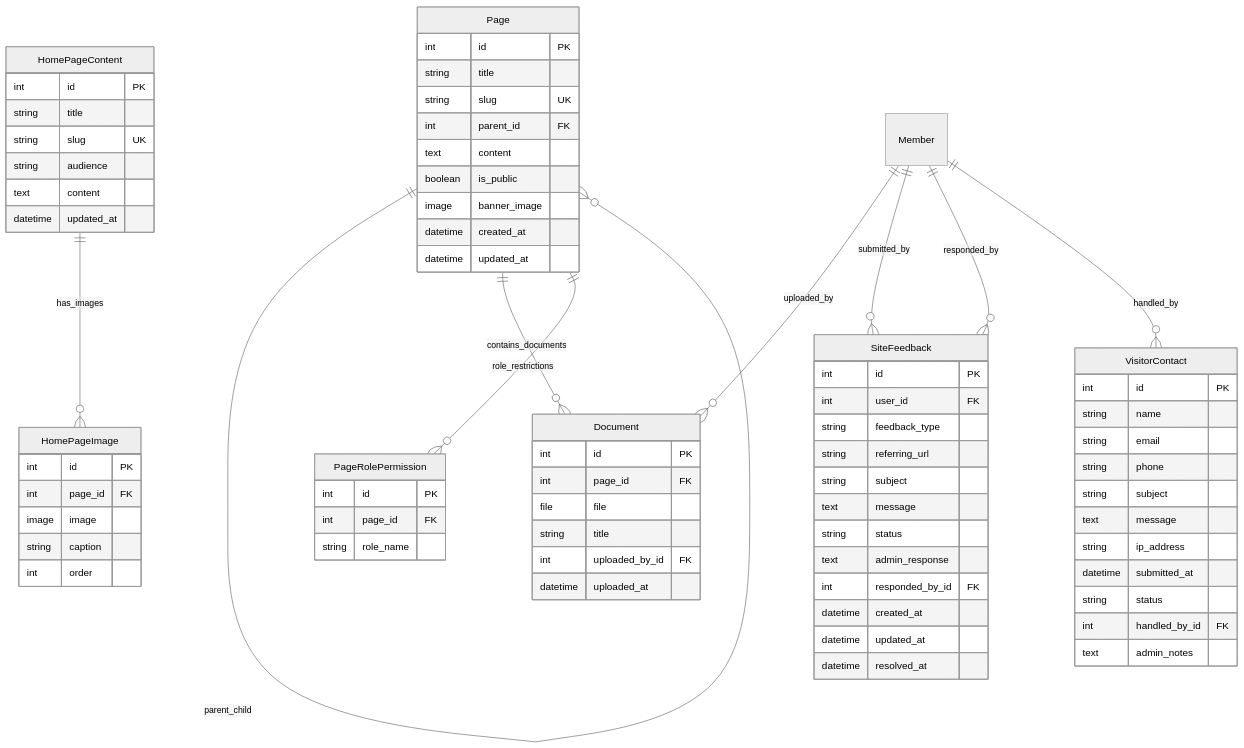
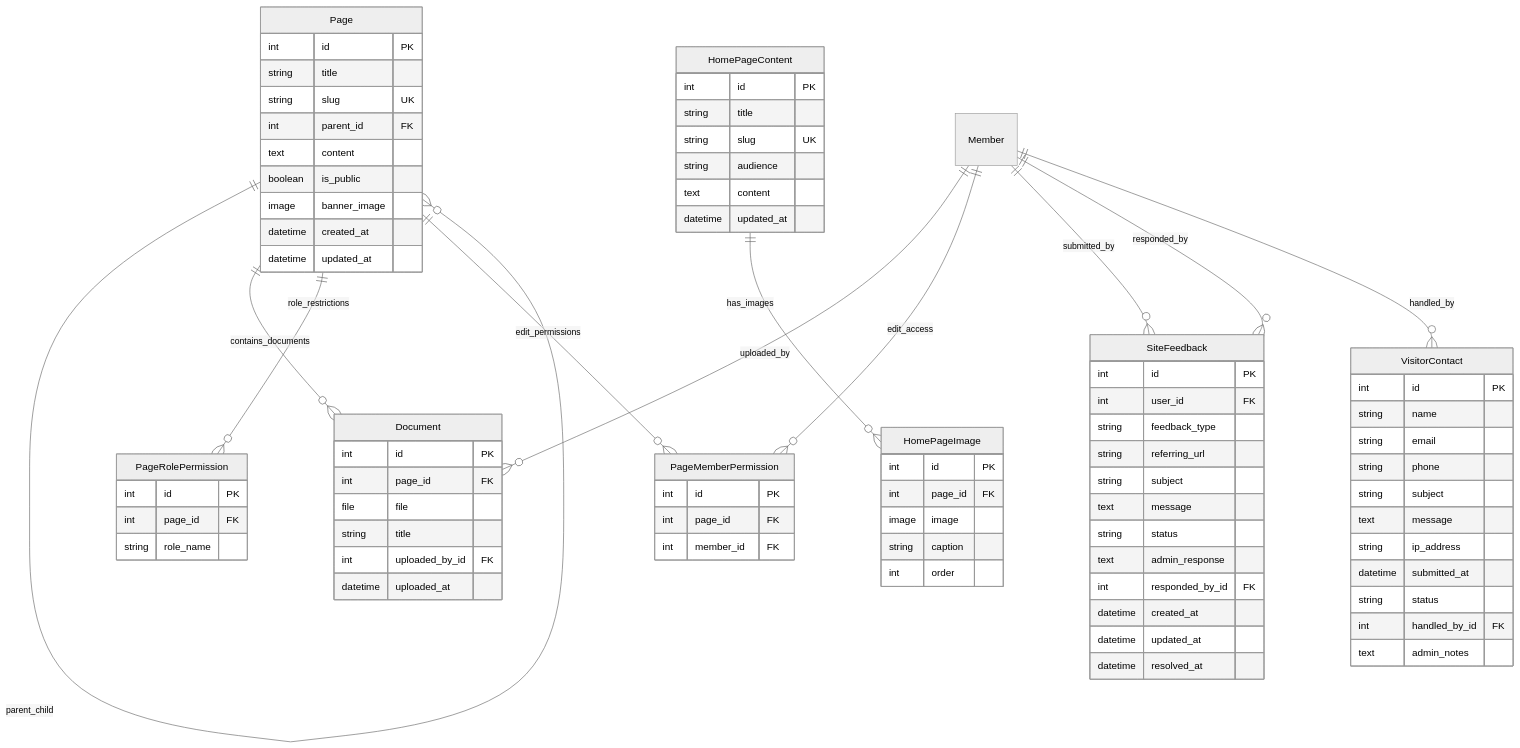
The diagram in cms/docs/models.md (pietbarber/Manage2Soar), drawn with Mermaid (neutral theme) before and after one commit. The commit also changed other lines of this file and 8 other files, not shown here.

```diff
--- a/cms/docs/models.md
+++ b/cms/docs/models.md
@@ -22,6 +22,12 @@
         int id PK
         int page_id FK
         string role_name
+    }
+
+    PageMemberPermission {
+        int id PK
+        int page_id FK
+        int member_id FK
     }
 
     Document {
@@ -82,8 +88,10 @@
     Page ||--o{ Page : parent_child
     Page ||--o{ Document : contains_documents
     Page ||--o{ PageRolePermission : role_restrictions
+    Page ||--o{ PageMemberPermission : edit_permissions
     HomePageContent ||--o{ HomePageImage : has_images
     Member ||--o{ Document : uploaded_by
+    Member ||--o{ PageMemberPermission : edit_access
     Member ||--o{ SiteFeedback : submitted_by
     Member ||--o{ SiteFeedback : responded_by
     Member ||--o{ VisitorContact : handled_by
```
